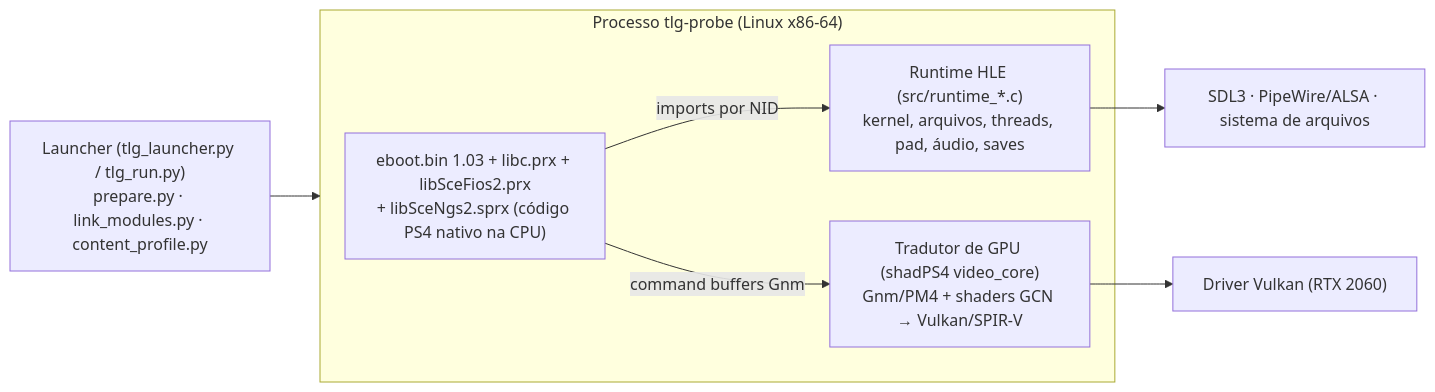
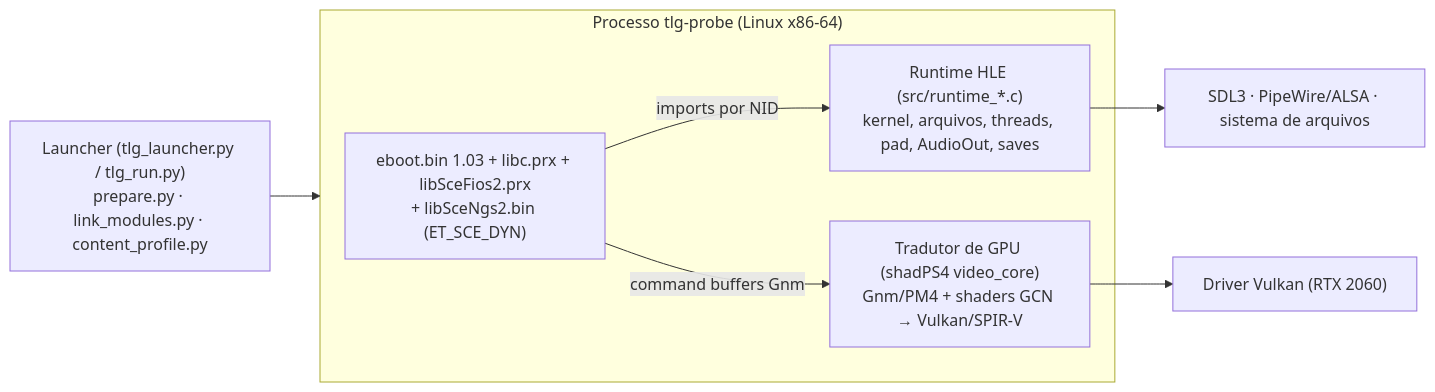
One commit to GFOXSH/tlg_pc changed the diagram in docs/PROGRESSO.md. Above: the diagram before and after it, drawn with Mermaid. The commit also changed other lines of this file and 71 other files, not shown here.

Commit message:
Load libSceNgs2.bin through the original ELF module linker

````diff
--- a/docs/PROGRESSO.md
+++ b/docs/PROGRESSO.md
@@ -46,13 +46,13 @@
 ```mermaid
 flowchart LR
     L["Launcher (tlg_launcher.py / tlg_run.py)<br/>prepare.py · link_modules.py · content_profile.py"] --> P
     subgraph P["Processo tlg-probe (Linux x86-64)"]
-        E["eboot.bin 1.03 + libc.prx + libSceFios2.prx<br/>+ libSceNgs2.sprx (código PS4 nativo na CPU)"]
-        R["Runtime HLE (src/runtime_*.c)<br/>kernel, arquivos, threads, pad, áudio, saves"]
+        E["eboot.bin 1.03 + libc.prx + libSceFios2.prx<br/>+ libSceNgs2.bin (ET_SCE_DYN)"]
+        R["Runtime HLE (src/runtime_*.c)<br/>kernel, arquivos, threads, pad, AudioOut, saves"]
         G["Tradutor de GPU (shadPS4 video_core)<br/>Gnm/PM4 + shaders GCN → Vulkan/SPIR-V"]
         E -- "imports por NID" --> R
         E -- "command buffers Gnm" --> G
     end
     R --> OS["SDL3 · PipeWire/ALSA · sistema de arquivos"]
     G --> VK["Driver Vulkan (RTX 2060)"]
 ```
````
